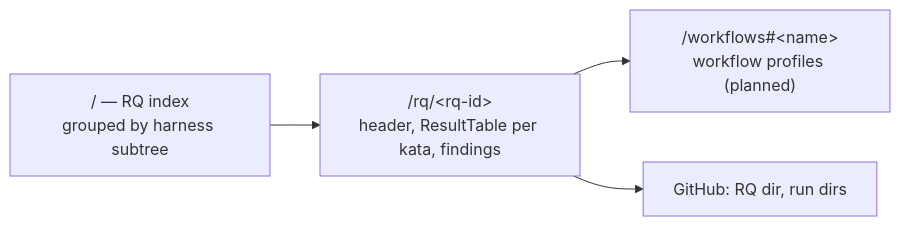
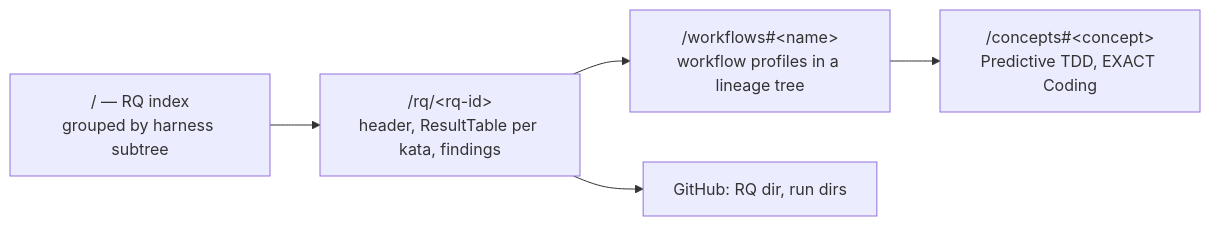
Before and after one commit to marcoemrich/agentic_coding_lab: the fourth of 4 diagrams in site/docs/architecture.md, drawn with Mermaid. The commit also changed other lines of this file and 20 other files, not shown here.

First line of the commit message:
Add the workflow page and the concept page

````diff
--- a/site/docs/architecture.md
+++ b/site/docs/architecture.md
@@ -154,6 +154,7 @@
 ```mermaid
 flowchart LR
   idx["/ — RQ index<br/>grouped by harness subtree"] --> rqp["/rq/&lt;rq-id&gt;<br/>header, ResultTable per kata, findings"]
-  rqp --> wf["/workflows#&lt;name&gt;<br/>workflow profiles (planned)"]
+  rqp --> wf["/workflows#&lt;name&gt;<br/>workflow profiles in a lineage tree"]
   rqp --> gh["GitHub: RQ dir, run dirs"]
+  wf --> cp["/concepts#&lt;concept&gt;<br/>Predictive TDD, EXACT Coding"]
 ```
````
